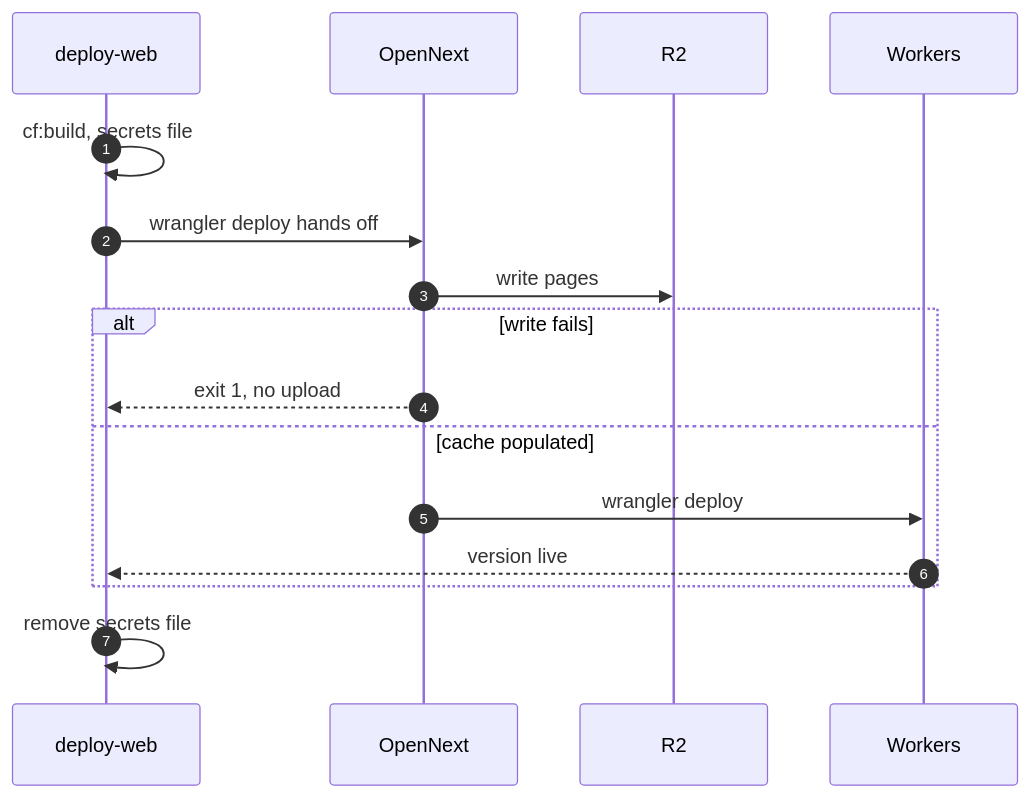
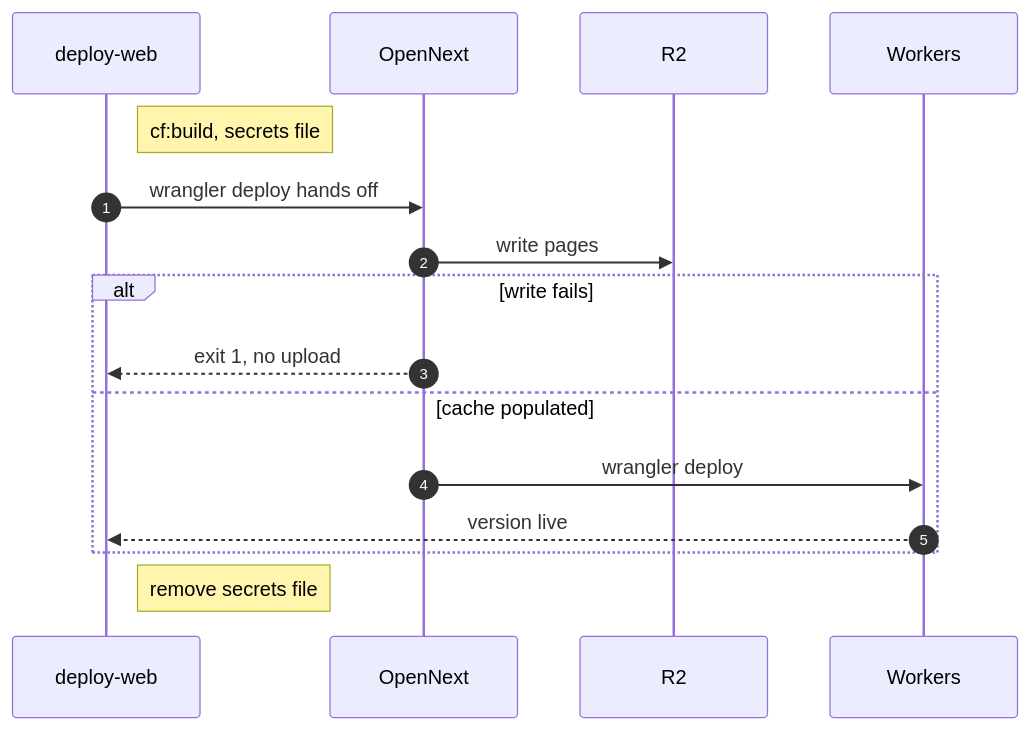
One commit to fbuireu/forever-pto changed the third of 4 diagrams in apps/docs/src/content/docs/infra/workflows.mdx. Above: the diagram before and after it, drawn with Mermaid. The commit also changed 26 other files, not shown here.

First line of the commit message:
docs(diagrams): fix split words, overlaps and oversized Mermaid diagrams

````diff
--- a/apps/docs/src/content/docs/infra/workflows.mdx
+++ b/apps/docs/src/content/docs/infra/workflows.mdx
@@ -90,23 +90,23 @@
 ```mermaid
 ---
 config:
   look: handDrawn
   layout: dagre
 ---
 sequenceDiagram
   autonumber
   participant DW as deploy-web
   participant ON as OpenNext
   participant R2
   participant CF as Workers
-  DW->>DW: cf:build, secrets file
+  Note right of DW: cf:build, secrets file
   DW->>ON: wrangler deploy hands off
   ON->>R2: write pages
   alt write fails
     ON-->>DW: exit 1, no upload
   else cache populated
     ON->>CF: wrangler deploy
     CF-->>DW: version live
   end
-  DW->>DW: remove secrets file
+  Note right of DW: remove secrets file
 ```
````
